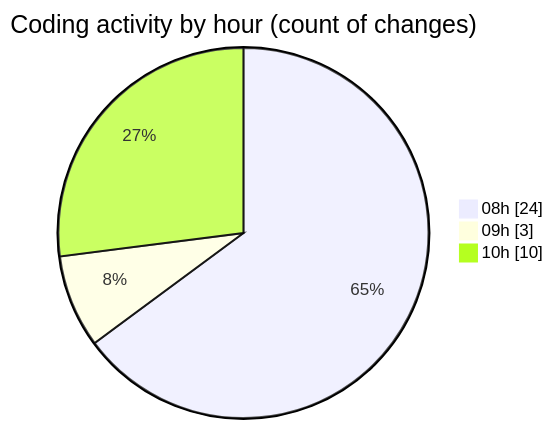
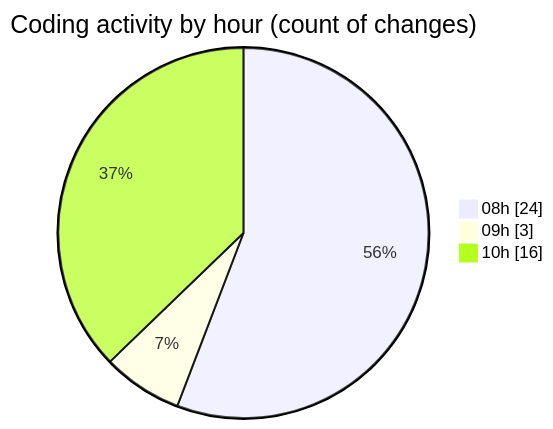
Before and after one commit to julien-gomy/code-tracking: the second of 2 diagrams in 2025-11-07/eventscop-frontend-guide__workspace_/README.md, drawn with Mermaid. The commit also changed other lines of this file and 1 other file, not shown here.

````diff
--- a/2025-11-07/eventscop-frontend-guide__workspace_/README.md
+++ b/2025-11-07/eventscop-frontend-guide__workspace_/README.md
@@ -43,7 +43,7 @@
 ```mermaid
 pie showData
 title Coding activity by hour (count of changes)
 "08h" : 24
 "09h" : 3
-"10h" : 10
+"10h" : 16
 ```
````
